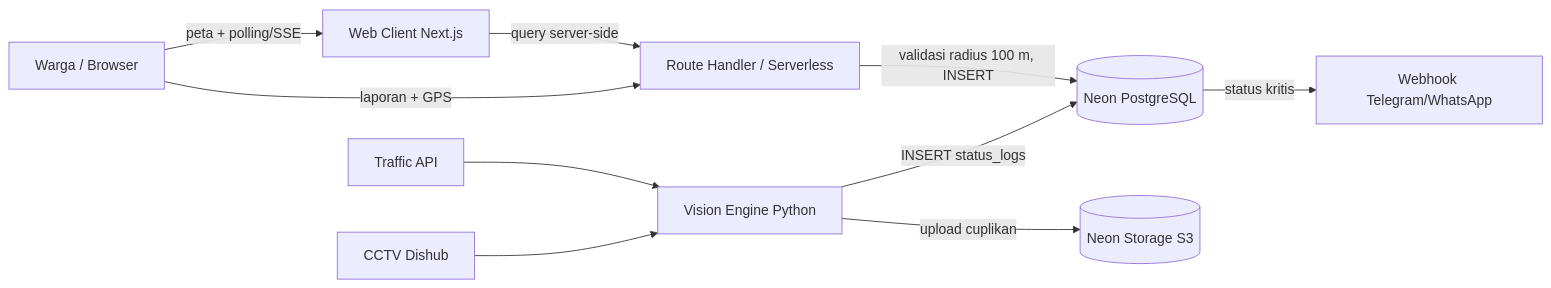
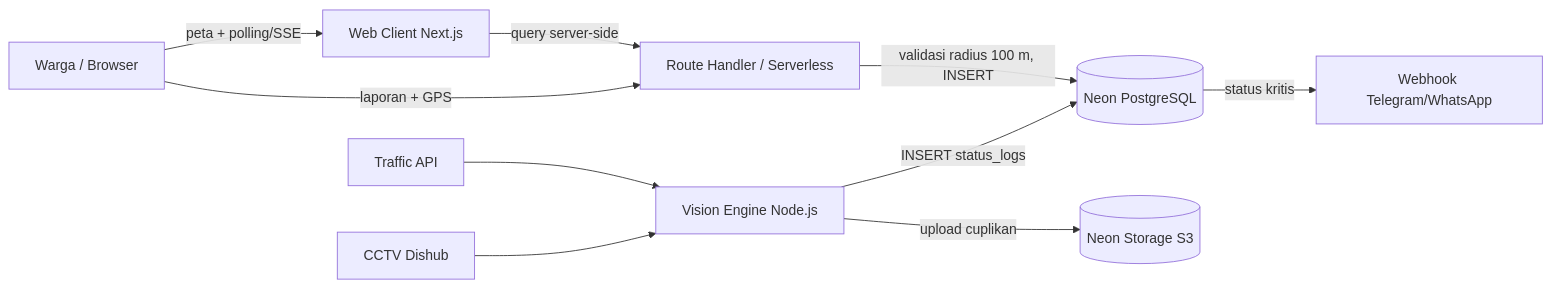
One commit to Cloud-Dark/pantau-spbu-malang changed the diagram in docs/05_ARCHITECTURE.md. Above: the diagram before and after it, drawn with Mermaid. The commit also changed other lines of this file and 7 other files, not shown here.

First line of the commit message:
docs: catat keputusan backend Node.js menggantikan Python (ADR-008)

````diff
--- a/docs/05_ARCHITECTURE.md
+++ b/docs/05_ARCHITECTURE.md
@@ -21,12 +21,12 @@
 ```mermaid
 flowchart LR
     U[Warga / Browser] -->|peta + polling/SSE| W[Web Client Next.js]
     W -->|query server-side| API
     U -->|laporan + GPS| API[Route Handler / Serverless]
     API -->|validasi radius 100 m, INSERT| DB[(Neon PostgreSQL)]
     VE -->|upload cuplikan| S3[(Neon Storage S3)]
-    T[Traffic API] --> VE[Vision Engine Python]
+    T[Traffic API] --> VE[Vision Engine Node.js]
     C[CCTV Dishub] --> VE
     VE -->|INSERT status_logs| DB
     DB -->|status kritis| N[Webhook Telegram/WhatsApp]
 ```
````
